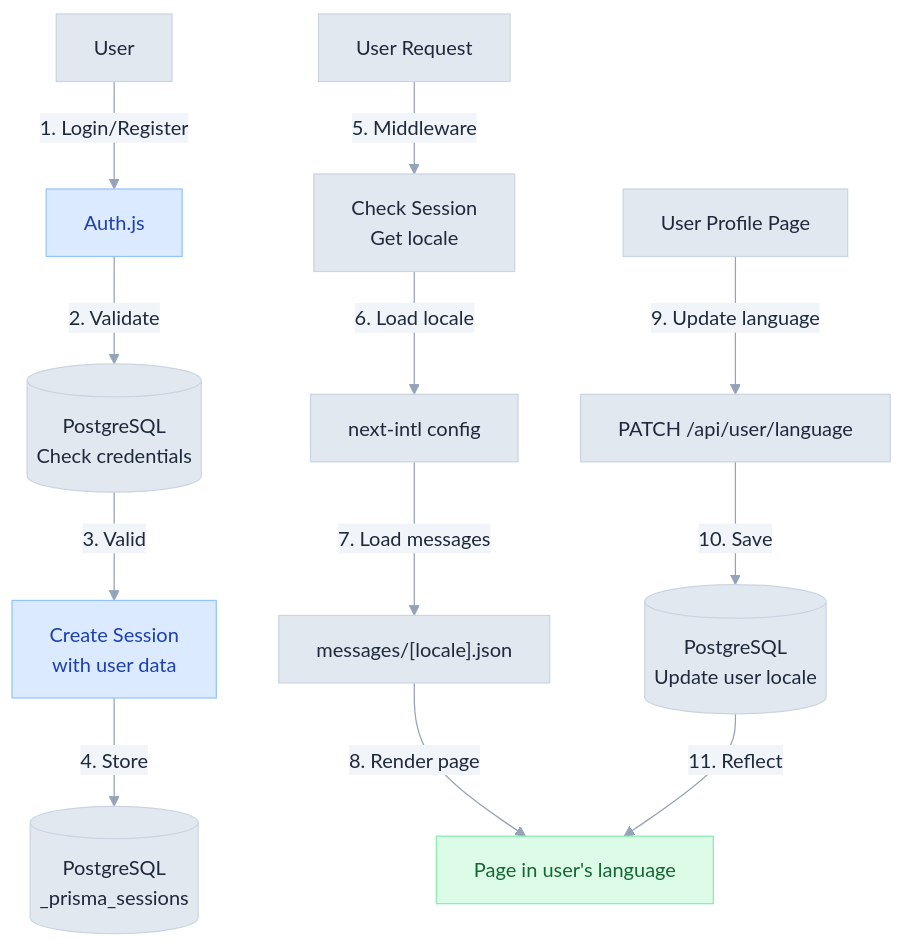
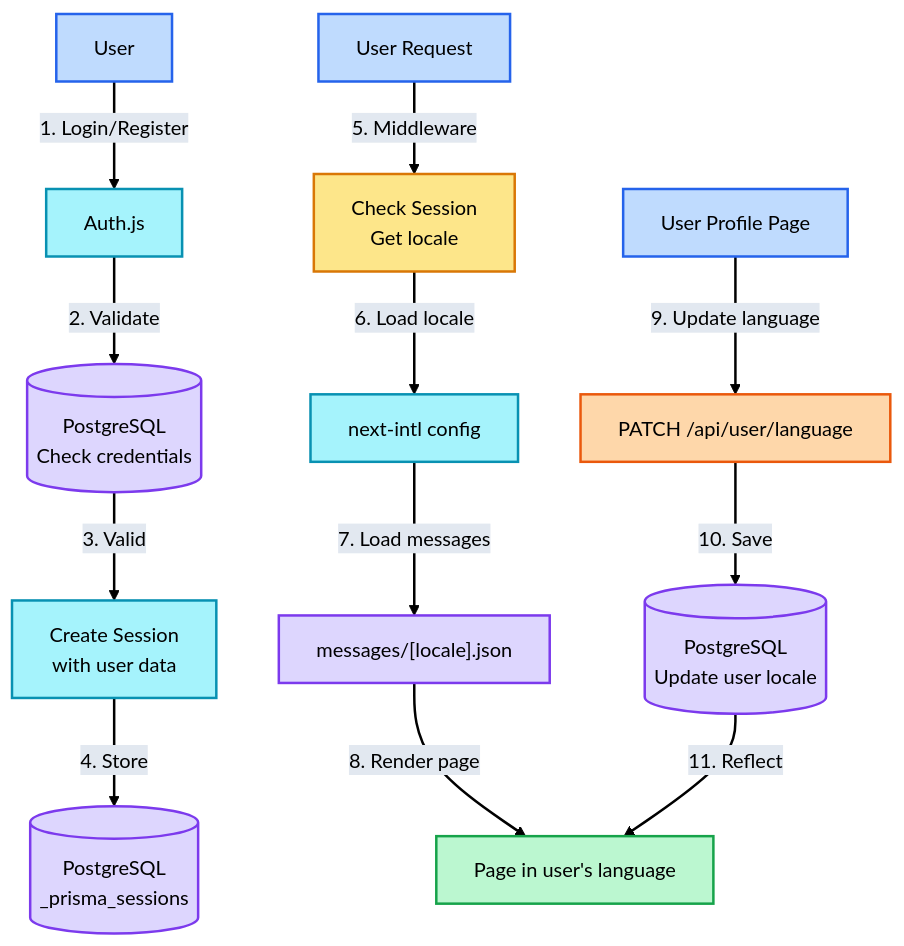
Before and after one commit to 3DHDSoft/devmultiplier-academy: the diagram in doc/authentication-and-user-profiles.md, drawn with Mermaid. The commit also changed 17 other files, not shown here.

````diff
--- a/doc/authentication-and-user-profiles.md
+++ b/doc/authentication-and-user-profiles.md
@@ -26,21 +26,33 @@
 ```mermaid
-%%{init: {'theme': 'base', 'themeVariables': { 'primaryColor': '#e2e8f0', 'primaryTextColor': '#1e293b', 'primaryBorderColor': '#cbd5e1', 'lineColor': '#94a3b8', 'secondaryColor': '#f1f5f9', 'tertiaryColor': '#f8fafc', 'background': '#ffffff', 'textColor': '#334155', 'fontFamily': 'system-ui, -apple-system, sans-serif'}}}%%
+%%{init: {'theme': 'base', 'themeVariables': { 'primaryColor': '#bfdbfe', 'primaryTextColor': '#000000', 'primaryBorderColor': '#3b82f6', 'lineColor': '#000000', 'secondaryColor': '#ddd6fe', 'tertiaryColor': '#a5f3fc', 'background': '#ffffff', 'textColor': '#000000', 'edgeLabelBackground': '#e2e8f0', 'fontFamily': 'system-ui, -apple-system, sans-serif'}}}%%
 graph TD
     User["User"] -->|1. Login/Register| Auth["Auth.js"]
     Auth -->|2. Validate| DB1[("PostgreSQL<br/>Check credentials")]
     DB1 -->|3. Valid| Session["Create Session<br/>with user data"]
     Session -->|4. Store| DB2[("PostgreSQL<br/>_prisma_sessions")]
 
     Request["User Request"] -->|5. Middleware| Middleware["Check Session<br/>Get locale"]
     Middleware -->|6. Load locale| Config["next-intl config"]
     Config -->|7. Load messages| Messages["messages/[locale].json"]
     Messages -->|8. Render page| Page["Page in user's language"]
 
     UserProfile["User Profile Page"] -->|9. Update language| API["PATCH /api/user/language"]
     API -->|10. Save| DB3[("PostgreSQL<br/>Update user locale")]
     DB3 -->|11. Reflect| Page
 
-    style Auth fill:#dbeafe,stroke:#93c5fd,color:#1e40af
-    style Session fill:#dbeafe,stroke:#93c5fd,color:#1e40af
-    style Page fill:#dcfce7,stroke:#86efac,color:#166534
+    style User fill:#bfdbfe,stroke:#2563eb,color:#000000,stroke-width:2px
+    style Auth fill:#a5f3fc,stroke:#0891b2,color:#000000,stroke-width:2px
+    style DB1 fill:#ddd6fe,stroke:#7c3aed,color:#000000,stroke-width:2px
+    style Session fill:#a5f3fc,stroke:#0891b2,color:#000000,stroke-width:2px
+    style DB2 fill:#ddd6fe,stroke:#7c3aed,color:#000000,stroke-width:2px
+    style Request fill:#bfdbfe,stroke:#2563eb,color:#000000,stroke-width:2px
+    style Middleware fill:#fde68a,stroke:#d97706,color:#000000,stroke-width:2px
+    style Config fill:#a5f3fc,stroke:#0891b2,color:#000000,stroke-width:2px
+    style Messages fill:#ddd6fe,stroke:#7c3aed,color:#000000,stroke-width:2px
+    style Page fill:#bbf7d0,stroke:#16a34a,color:#000000,stroke-width:2px
+    style UserProfile fill:#bfdbfe,stroke:#2563eb,color:#000000,stroke-width:2px
+    style API fill:#fed7aa,stroke:#ea580c,color:#000000,stroke-width:2px
+    style DB3 fill:#ddd6fe,stroke:#7c3aed,color:#000000,stroke-width:2px
+
+    linkStyle default stroke:#000000,stroke-width:2px
 ```
````
